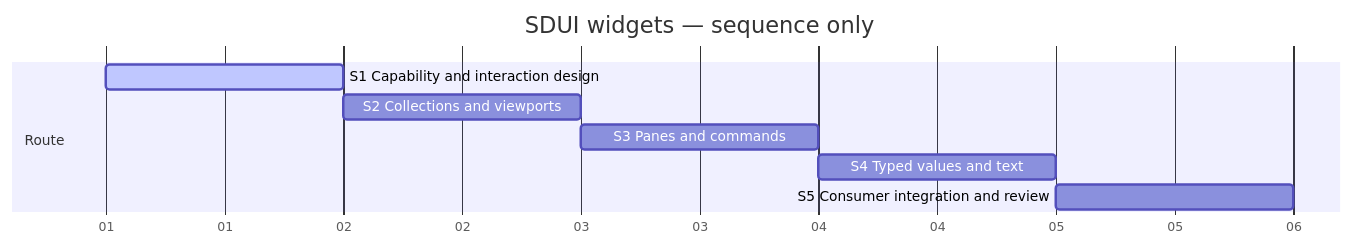
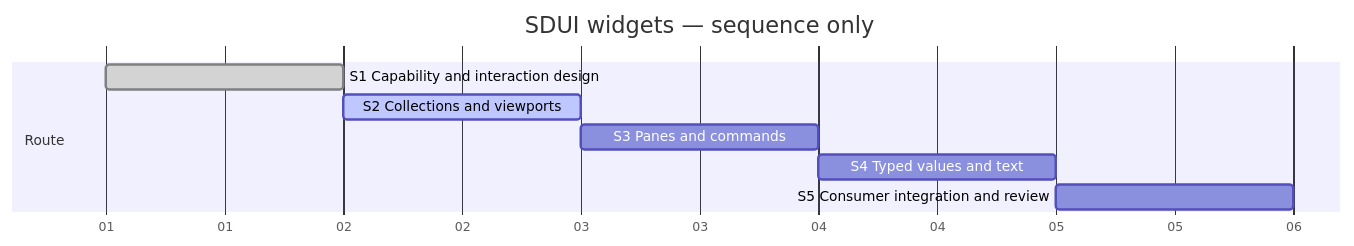
One commit to Hans-Einar/SDP changed the diagram in SDP/Sessions/session-#0010--SDUI_widgets.md. Above: the diagram before and after it, drawn with Mermaid. The commit also changed other lines of this file and 20 other files, not shown here.

````diff
--- a/SDP/Sessions/session-#0010--SDUI_widgets.md
+++ b/SDP/Sessions/session-#0010--SDUI_widgets.md
@@ -9,12 +9,12 @@
 ```mermaid
 gantt
     title SDUI widgets — sequence only
     dateFormat YYYY-MM-DD
     axisFormat %d
     section Route
-    S1 Capability and interaction design :active, s1, 2000-01-01, 1d
-    S2 Collections and viewports :s2, after s1, 1d
+    S1 Capability and interaction design :done, s1, 2000-01-01, 1d
+    S2 Collections and viewports :active, s2, after s1, 1d
     S3 Panes and commands :s3, after s2, 1d
     S4 Typed values and text :s4, after s3, 1d
     S5 Consumer integration and review :s5, after s4, 1d
 ```
````
